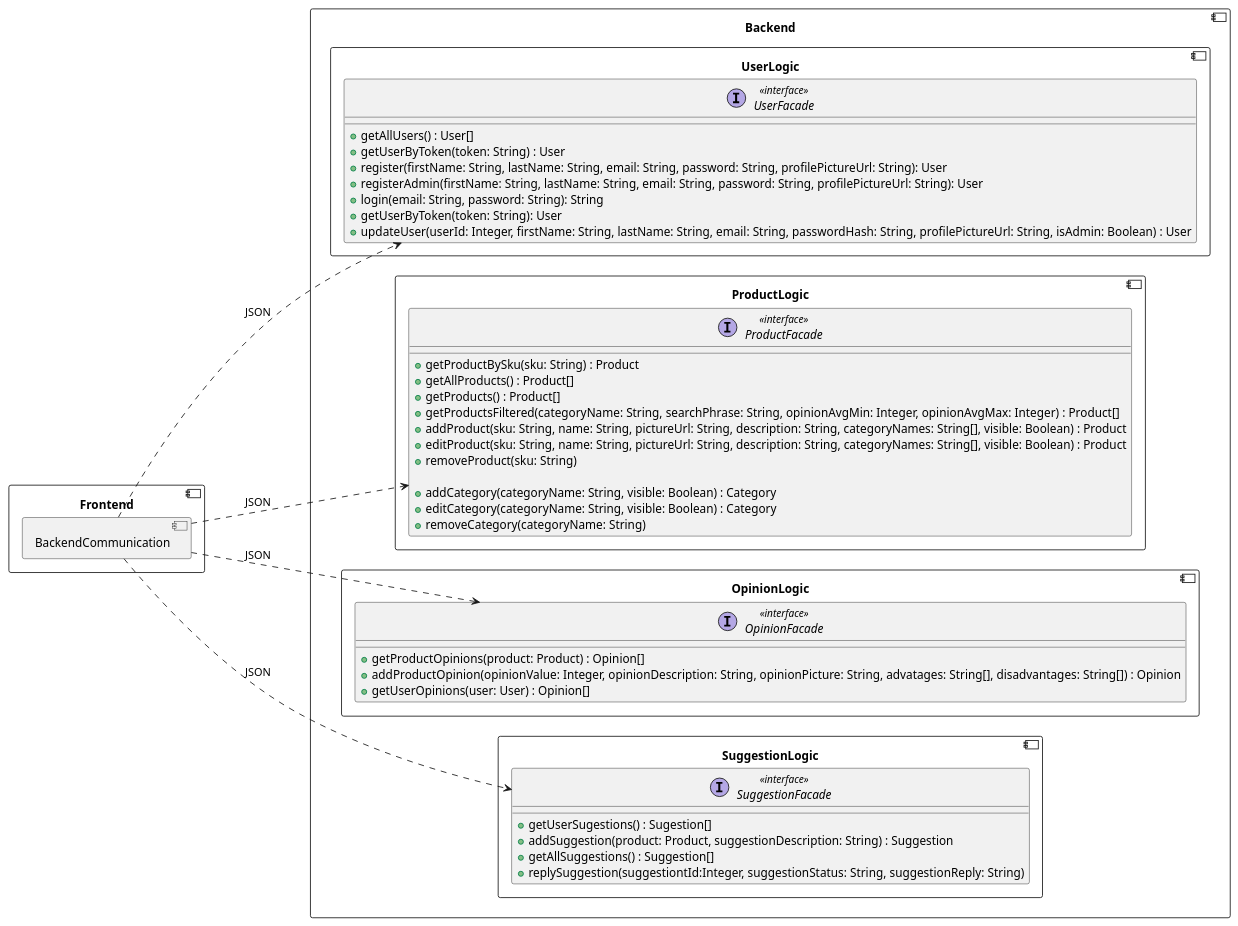
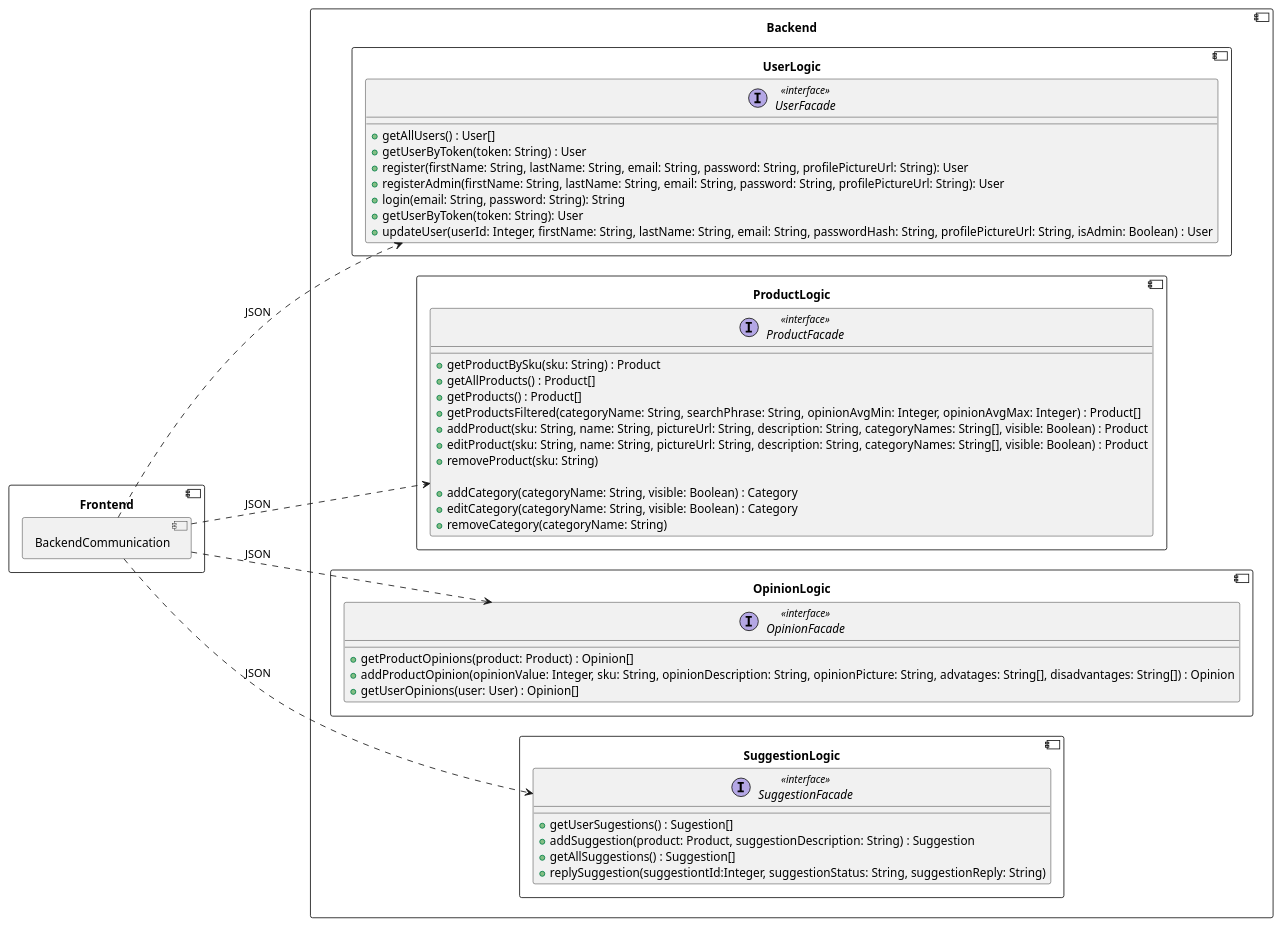
Before and after one commit to RadekBucki/OpinionCollectorArchitecture: the second of 2 diagrams in frontend/BackendCommunication.md, drawn with PlantUML. The commit also changed 2 other files, not shown here.

Commit message:
Add missed product id

````diff
--- a/frontend/BackendCommunication.md
+++ b/frontend/BackendCommunication.md
@@ -46,60 +46,60 @@
 ```plantuml
 @startuml
 left to right direction
 component Frontend {
     
     component BackendCommunication {
     }
 }
 
 component Backend {
     component UserLogic {
         interface UserFacade <<interface>> {
             + getAllUsers() : User[]
             + getUserByToken(token: String) : User
             + register(firstName: String, lastName: String, email: String, password: String, profilePictureUrl: String): User
             + registerAdmin(firstName: String, lastName: String, email: String, password: String, profilePictureUrl: String): User
             + login(email: String, password: String): String
             + getUserByToken(token: String): User
             + updateUser(userId: Integer, firstName: String, lastName: String, email: String, passwordHash: String, profilePictureUrl: String, isAdmin: Boolean) : User
         }
     }
     component ProductLogic {
         interface ProductFacade <<interface>> {
             + getProductBySku(sku: String) : Product
             + getAllProducts() : Product[]
             + getProducts() : Product[]
             + getProductsFiltered(categoryName: String, searchPhrase: String, opinionAvgMin: Integer, opinionAvgMax: Integer) : Product[]
             + addProduct(sku: String, name: String, pictureUrl: String, description: String, categoryNames: String[], visible: Boolean) : Product
             + editProduct(sku: String, name: String, pictureUrl: String, description: String, categoryNames: String[], visible: Boolean) : Product
             + removeProduct(sku: String)
             
             + addCategory(categoryName: String, visible: Boolean) : Category
             + editCategory(categoryName: String, visible: Boolean) : Category
             + removeCategory(categoryName: String)
         }
     }
     component OpinionLogic {
         interface OpinionFacade <<interface>> {
             + getProductOpinions(product: Product) : Opinion[]
-            + addProductOpinion(opinionValue: Integer, opinionDescription: String, opinionPicture: String, advatages: String[], disadvantages: String[]) : Opinion
+            + addProductOpinion(opinionValue: Integer, sku: String, opinionDescription: String, opinionPicture: String, advatages: String[], disadvantages: String[]) : Opinion
             + getUserOpinions(user: User) : Opinion[]
         }
     }
     component SuggestionLogic {
         interface SuggestionFacade <<interface>> {
             + getUserSugestions() : Sugestion[]
             + addSuggestion(product: Product, suggestionDescription: String) : Suggestion
             + getAllSuggestions() : Suggestion[]
             + replySuggestion(suggestiontId:Integer, suggestionStatus: String, suggestionReply: String)
         }
     }
 }
 
 BackendCommunication  ...> UserFacade: JSON
 BackendCommunication  ...> ProductFacade: JSON
 BackendCommunication  ...> OpinionFacade: JSON
 BackendCommunication  ...> SuggestionFacade: JSON
 
 @enduml 
 ```
````
